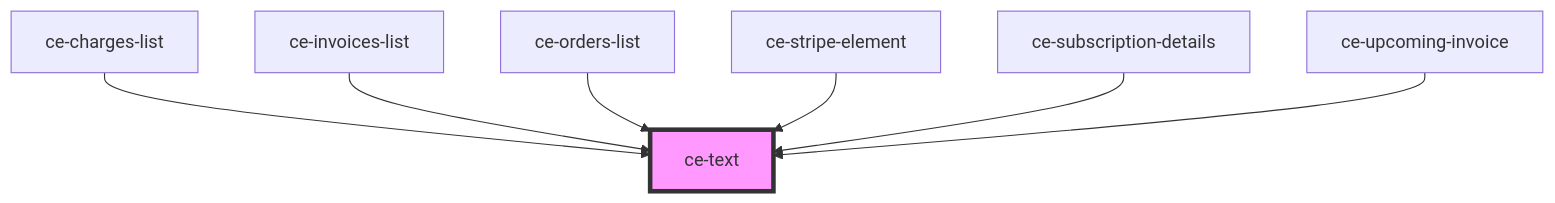
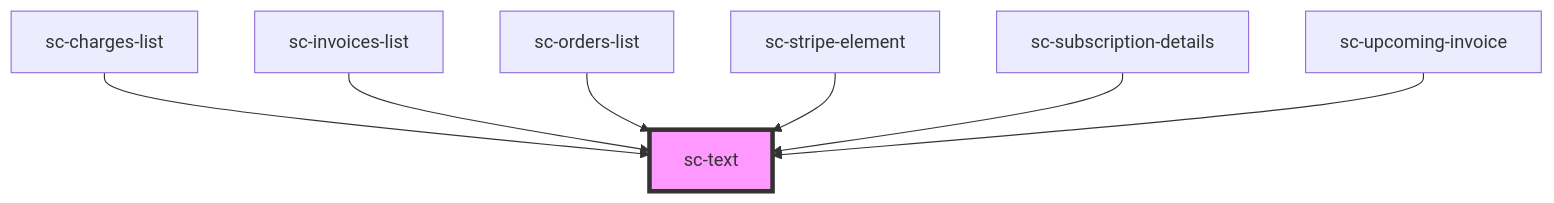
The diagram in packages/components/src/components/ui/text/readme.md (surecart/surecart-wp-plugin), drawn with Mermaid before and after one commit. The commit also changed other lines of this file and 1281 other files, not shown here.

````diff
--- a/packages/components/src/components/ui/text/readme.md
+++ b/packages/components/src/components/ui/text/readme.md
@@ -28,10 +28,10 @@
 ```mermaid
 graph TD;
-  ce-charges-list --> ce-text
-  ce-invoices-list --> ce-text
-  ce-orders-list --> ce-text
-  ce-stripe-element --> ce-text
-  ce-subscription-details --> ce-text
-  ce-upcoming-invoice --> ce-text
-  style ce-text fill:#f9f,stroke:#333,stroke-width:4px
+  sc-charges-list --> sc-text
+  sc-invoices-list --> sc-text
+  sc-orders-list --> sc-text
+  sc-stripe-element --> sc-text
+  sc-subscription-details --> sc-text
+  sc-upcoming-invoice --> sc-text
+  style sc-text fill:#f9f,stroke:#333,stroke-width:4px
 ```
````
